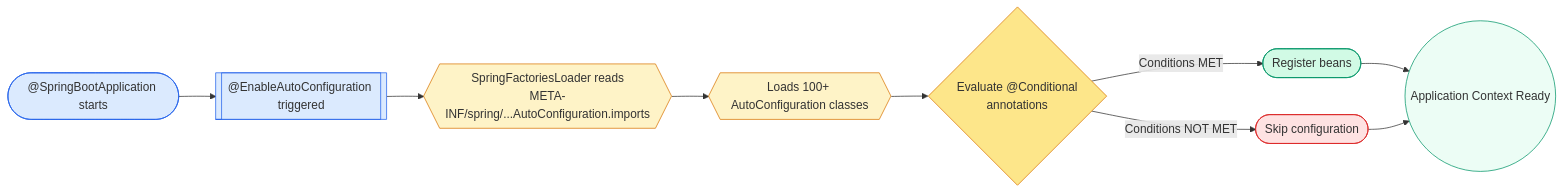
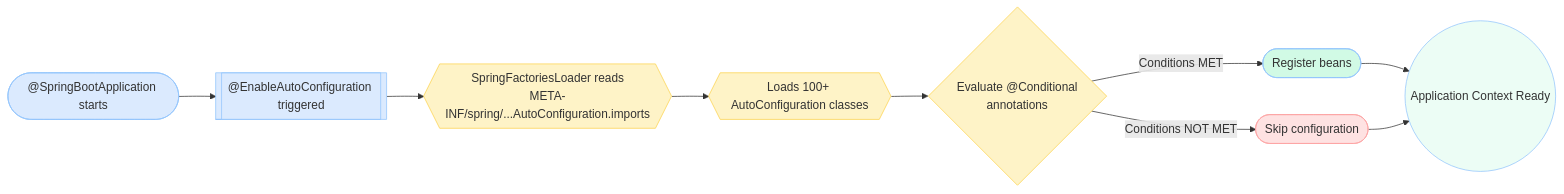
One commit to saivamsikaruturi/vamsilabs-dev-notes-main changed the second of 3 diagrams in docs/springboot/AutoConfiguration.md. Above: the diagram before and after it, drawn with Mermaid. The commit also changed other lines of this file and 220 other files, not shown here.

First line of the commit message:
Add 50+ new Java/Spring Boot pages, rewrite CSS code blocks to Oracle style, fix all diagram colors

````diff
--- a/docs/springboot/AutoConfiguration.md
+++ b/docs/springboot/AutoConfiguration.md
@@ -45,20 +45,20 @@
 ```mermaid
 flowchart LR
     A(["@SpringBootApplication starts"]) --> B[["@EnableAutoConfiguration triggered"]]
     B --> C{{"SpringFactoriesLoader reads<br/>META-INF/spring/...AutoConfiguration.imports"}}
     C --> D{{"Loads 100+ AutoConfiguration classes"}}
     D --> E{"Evaluate @Conditional<br/>annotations"}
     E -->|Conditions MET| F(["Register beans"])
     E -->|Conditions NOT MET| G(["Skip configuration"])
     F --> H(("Application Context Ready"))
     G --> H
 
-    style A fill:#DBEAFE,stroke:#2563EB
-    style B fill:#DBEAFE,stroke:#2563EB
-    style C fill:#FEF3C7,stroke:#D97706
-    style D fill:#FEF3C7,stroke:#D97706
-    style E fill:#FDE68A,stroke:#D97706
-    style F fill:#D1FAE5,stroke:#059669
-    style G fill:#FEE2E2,stroke:#DC2626
-    style H fill:#ECFDF5,stroke:#059669
+    style A fill:#DBEAFE,stroke:#93C5FD
+    style B fill:#DBEAFE,stroke:#93C5FD
+    style C fill:#FEF3C7,stroke:#FCD34D
+    style D fill:#FEF3C7,stroke:#FCD34D
+    style E fill:#FEF3C7,stroke:#FCD34D
+    style F fill:#D1FAE5,stroke:#93C5FD
+    style G fill:#FEE2E2,stroke:#FCA5A5
+    style H fill:#ECFDF5,stroke:#93C5FD
 ```
````
